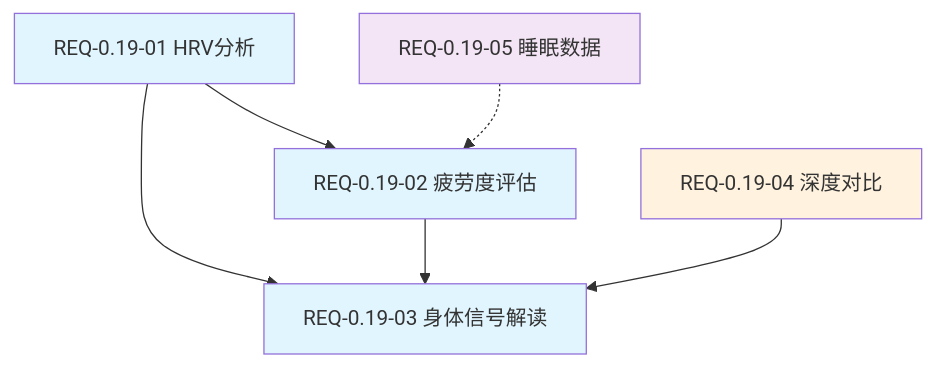
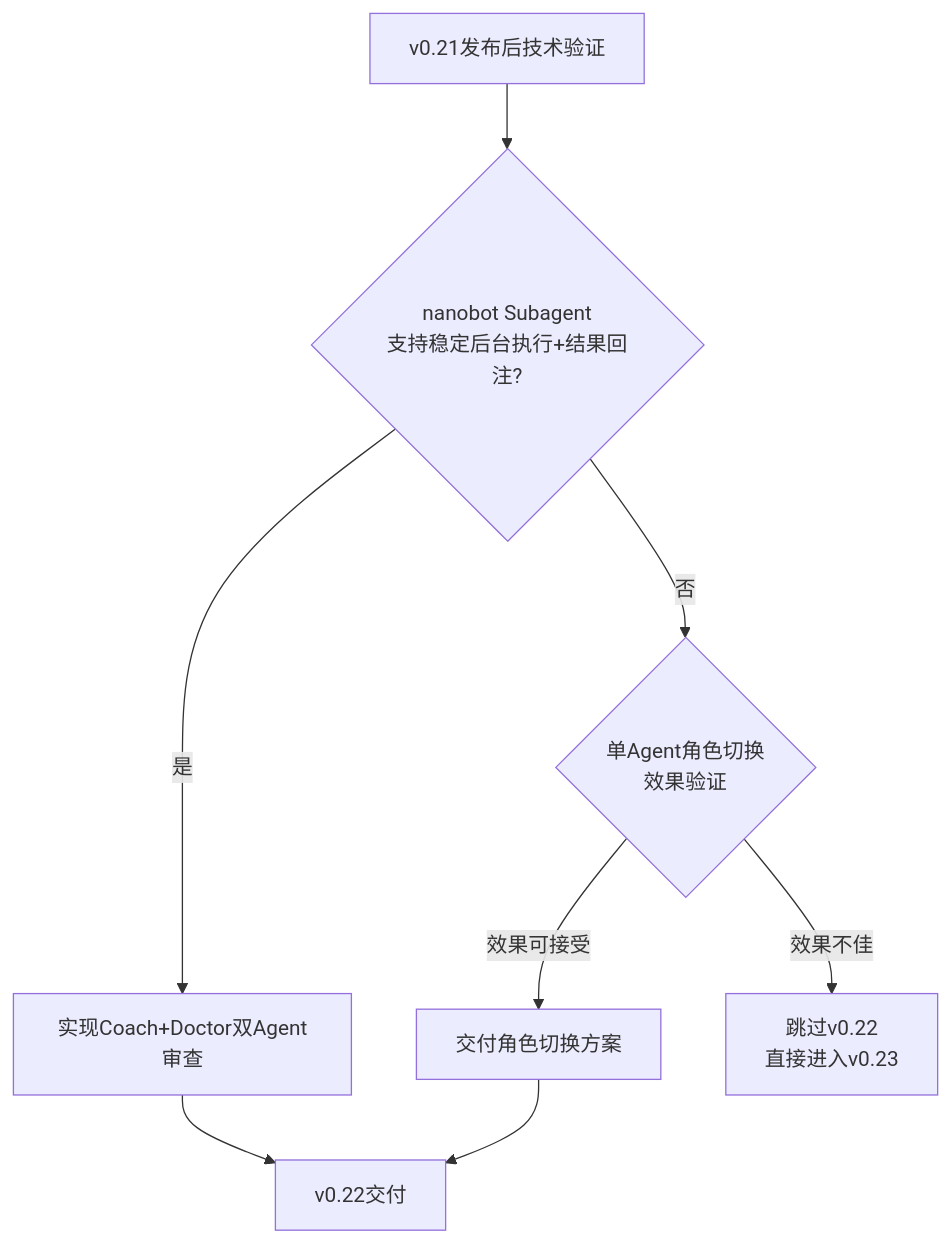
One commit to yecllsl/nanobot-runner changed the second of 4 diagrams in docs/requirements/REQ_需求规格说明书.md. Above: the diagram before and after it, drawn with Mermaid. The commit also changed other lines of this file and 22 other files, not shown here.

````diff
--- a/docs/requirements/REQ_需求规格说明书.md
+++ b/docs/requirements/REQ_需求规格说明书.md
@@ -468,14 +830,10 @@
 ```mermaid
-graph TD
-    A[REQ-0.19-01 HRV分析] --> B[REQ-0.19-02 疲劳度评估]
-    A --> C[REQ-0.19-03 身体信号解读]
-    B --> C
-    D[REQ-0.19-04 深度对比] --> C
-    E[REQ-0.19-05 睡眠数据] -.-> B
-    
-    style A fill:#e1f5fe
-    style B fill:#e1f5fe
-    style C fill:#e1f5fe
-    style D fill:#fff3e0
-    style E fill:#f3e5f5
+flowchart TD
+    A[v0.21发布后技术验证] --> B{nanobot Subagent<br/>支持稳定后台执行+结果回注?}
+    B -->|是| C[实现Coach+Doctor双Agent审查]
+    B -->|否| D{单Agent角色切换<br/>效果验证}
+    D -->|效果可接受| E[交付角色切换方案]
+    D -->|效果不佳| F[跳过v0.22<br/>直接进入v0.23]
+    C --> G[v0.22交付]
+    E --> G
 ```
````
